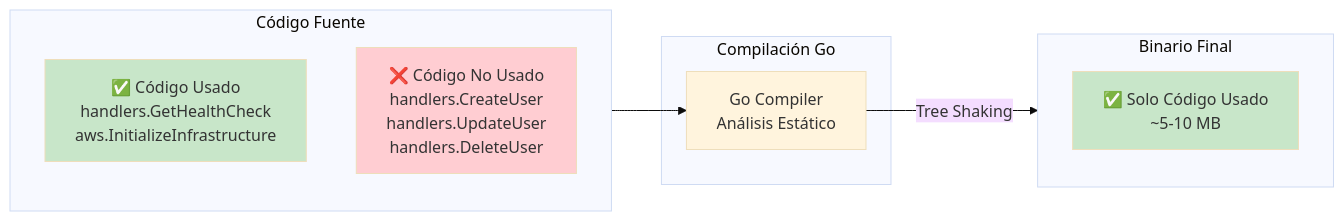
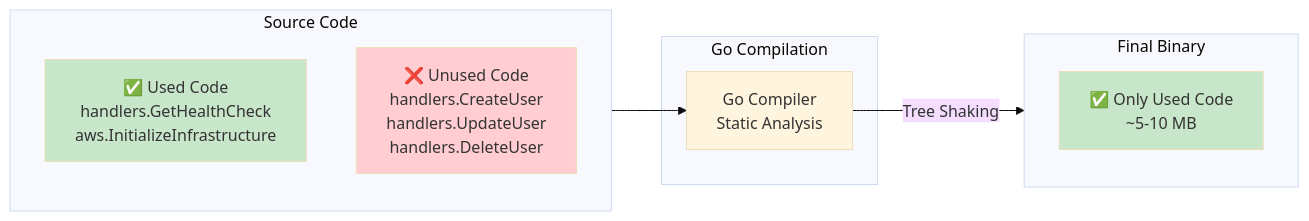
The seventh of 27 diagrams in README.md (Simon3640/GoProjectSkeleton), drawn with Mermaid (base theme) before and after one commit. The commit also changed other lines of this file and 1 other file, not shown here.

````diff
--- a/README.md
+++ b/README.md
@@ -1079,22 +1079,22 @@
 ```mermaid
 graph LR
-    subgraph SourceCode["Código Fuente"]
-        Used[✅ Código Usado<br/>handlers.GetHealthCheck<br/>aws.InitializeInfrastructure]
-        Unused[❌ Código No Usado<br/>handlers.CreateUser<br/>handlers.UpdateUser<br/>handlers.DeleteUser]
+    subgraph SourceCode["Source Code"]
+        Used[✅ Used Code<br/>handlers.GetHealthCheck<br/>aws.InitializeInfrastructure]
+        Unused[❌ Unused Code<br/>handlers.CreateUser<br/>handlers.UpdateUser<br/>handlers.DeleteUser]
     end
 
-    subgraph Compilation["Compilación Go"]
-        Analyzer[Go Compiler<br/>Análisis Estático]
+    subgraph Compilation["Go Compilation"]
+        Analyzer[Go Compiler<br/>Static Analysis]
     end
 
-    subgraph Binary["Binario Final"]
-        Included[✅ Solo Código Usado<br/>~5-10 MB]
+    subgraph Binary["Final Binary"]
+        Included[✅ Only Used Code<br/>~5-10 MB]
     end
 
     SourceCode --> Analyzer
     Analyzer -->|Tree Shaking| Binary
 
     style Used fill:#c8e6c9
     style Unused fill:#ffcdd2
     style Included fill:#c8e6c9
 ```
````
